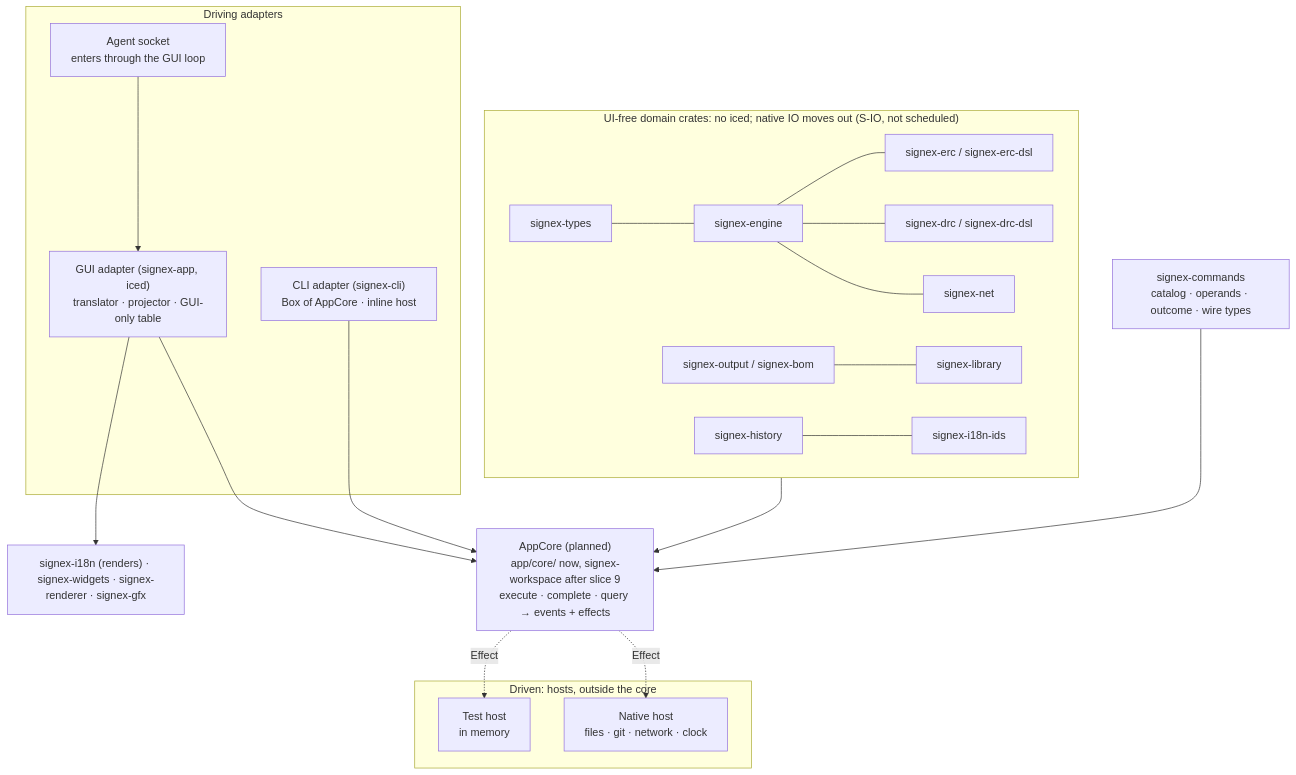
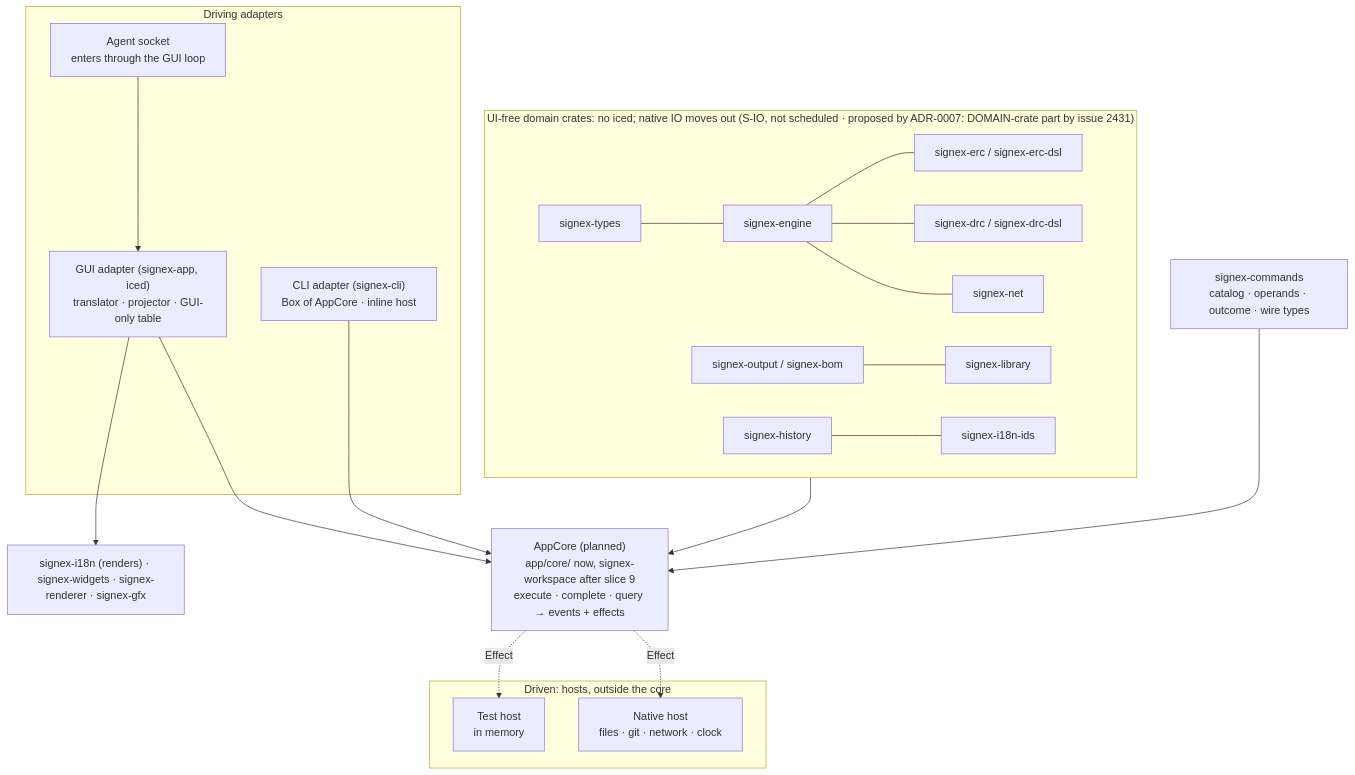
Before and after one commit to alplabai/signex: the second of 5 diagrams in docs/architecture/adr-0006-application-core.md, drawn with Mermaid. The commit also changed other lines of this file and 2 other files, not shown here.

First line of the commit message:
docs(architecture): ADR-0007, what the application core keeps out for a hosted service (proposed) (#2446)

````diff
--- a/docs/architecture/adr-0006-application-core.md
+++ b/docs/architecture/adr-0006-application-core.md
@@ -88,30 +89,30 @@
 ```mermaid
 flowchart TB
-  subgraph domain["UI-free domain crates: no iced; native IO moves out (S-IO, not scheduled)"]
+  subgraph domain["UI-free domain crates: no iced; native IO moves out (S-IO, not scheduled · proposed by ADR-0007: DOMAIN-crate part by issue 2431)"]
     types["signex-types"] --- engine["signex-engine"]
     engine --- erc["signex-erc / signex-erc-dsl"]
     engine --- drc["signex-drc / signex-drc-dsl"]
     engine --- net["signex-net"]
     output["signex-output / signex-bom"] --- library["signex-library"]
     history["signex-history"] --- ids["signex-i18n-ids"]
   end
   commands["signex-commands<br/>catalog · operands · outcome · wire types"]
   core["AppCore (planned)<br/>app/core/ now, signex-workspace after slice 9<br/>execute · complete · query → events + effects"]
   domain --> core
   commands --> core
   subgraph hosts["Driven: hosts, outside the core"]
     native["Native host<br/>files · git · network · clock"]
     testhost["Test host<br/>in memory"]
   end
   core -.->|"Effect"| native
   core -.->|"Effect"| testhost
   subgraph adapters["Driving adapters"]
     gui["GUI adapter (signex-app, iced)<br/>translator · projector · GUI-only table"]
     cli["CLI adapter (signex-cli)<br/>Box of AppCore · inline host"]
     sock["Agent socket<br/>enters through the GUI loop"]
   end
   gui --> core
   cli --> core
   sock --> gui
   gui --> ui["signex-i18n (renders) · signex-widgets · signex-renderer · signex-gfx"]
 ```
````
